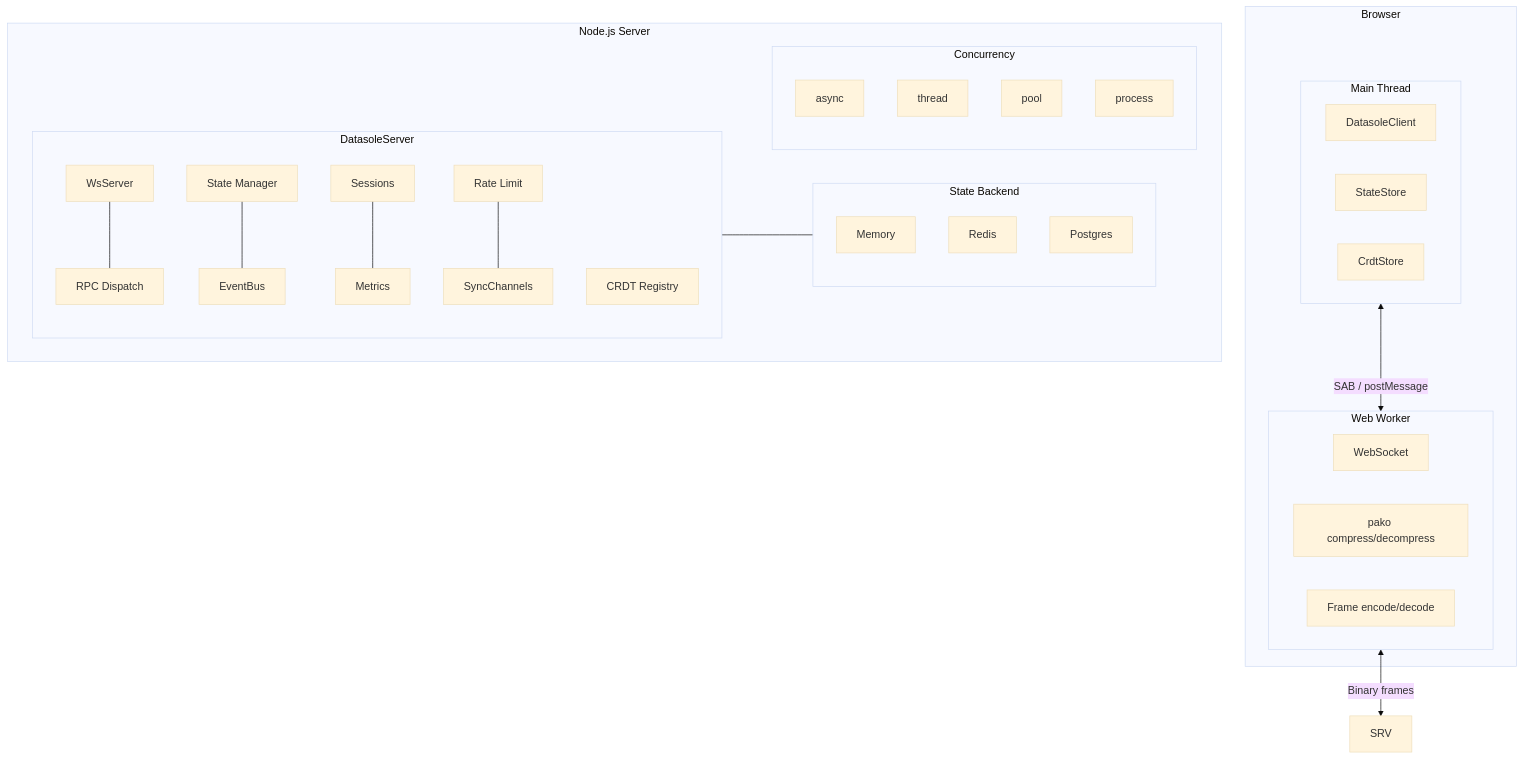
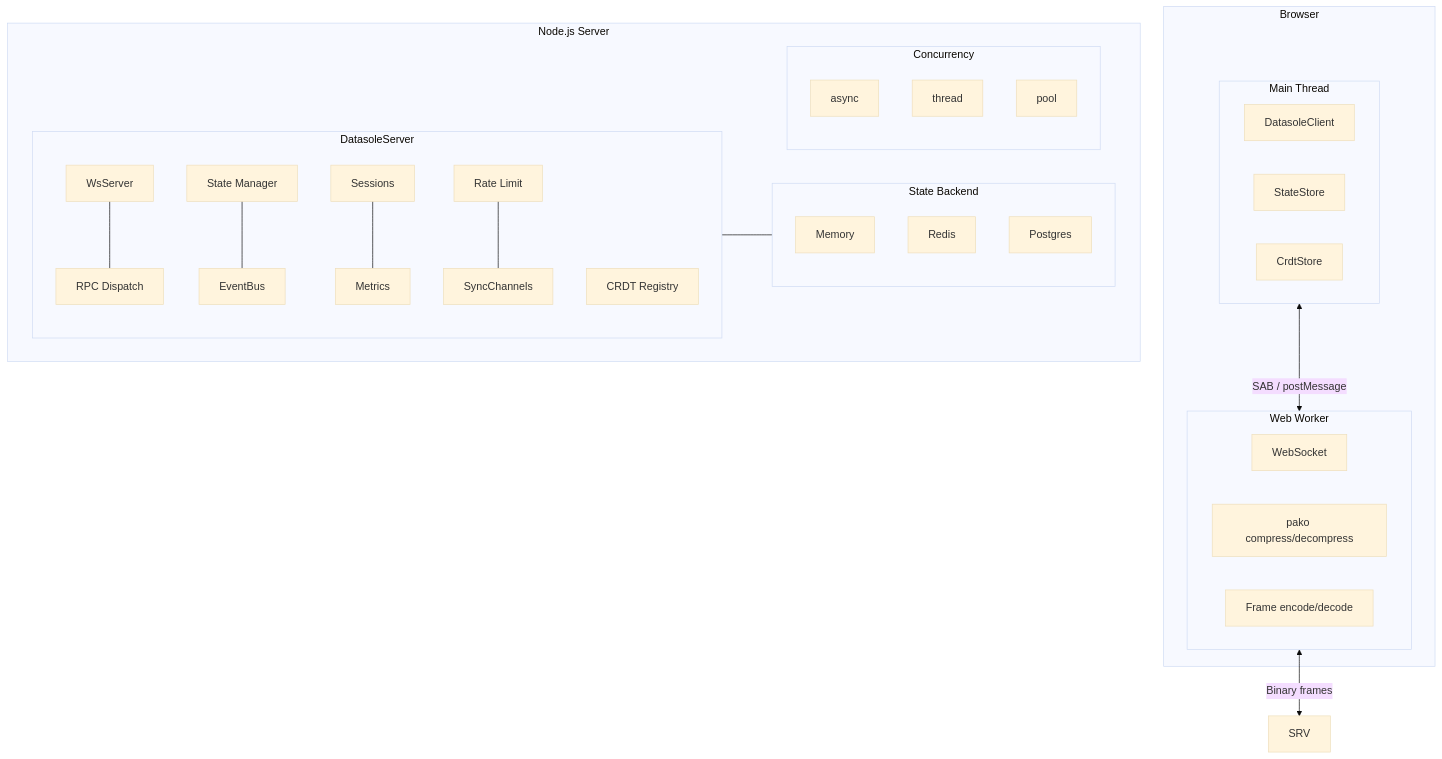
The diagram in README.md (mayanklahiri/datasole), drawn with Mermaid (base theme) before and after one commit. The commit also changed other lines of this file and 13 other files, not shown here.

````diff
--- a/README.md
+++ b/README.md
@@ -220,40 +220,39 @@
 ```mermaid
 flowchart TB
   subgraph Browser
     subgraph MT[Main Thread]
       DC[DatasoleClient]
       SS[StateStore]
       CS[CrdtStore]
     end
     subgraph WW[Web Worker]
       WS[WebSocket]
       PK[pako compress/decompress]
       FE[Frame encode/decode]
     end
     MT <-->|SAB / postMessage| WW
   end
 
   WW <-->|Binary frames| SRV
 
   subgraph Server[Node.js Server]
     subgraph DS[DatasoleServer]
       WSS[WsServer] --- RPC[RPC Dispatch]
       SM[State Manager] --- EB[EventBus]
       SE[Sessions] --- MT2[Metrics]
       RL[Rate Limit] --- SC[SyncChannels]
       CRDT[CRDT Registry]
     end
     subgraph SB[State Backend]
       MEM[Memory]
       RED[Redis]
       PG[Postgres]
     end
     DS --- SB
     subgraph CC[Concurrency]
       ASYNC[async]
       THR[thread]
       POOL[pool]
-      PROC[process]
     end
   end
 ```
````
